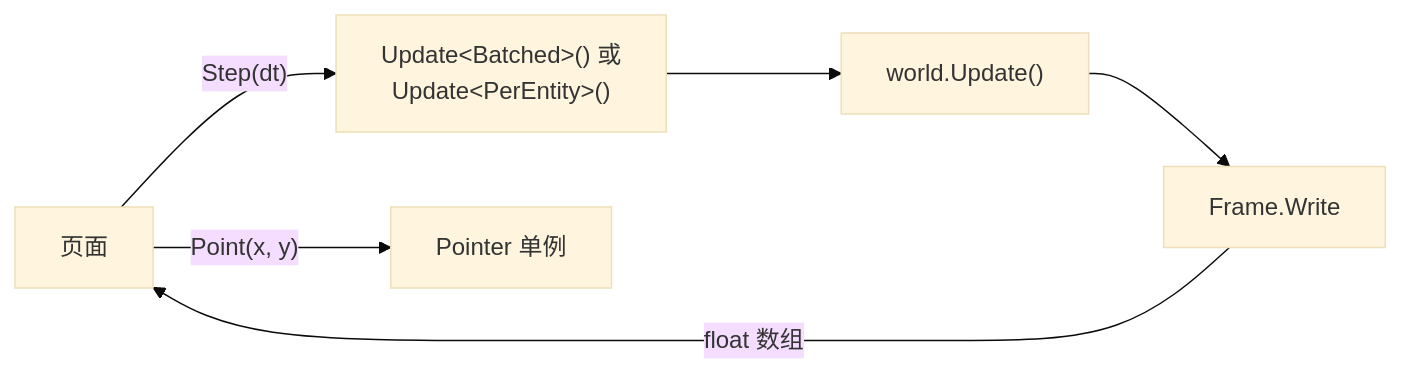
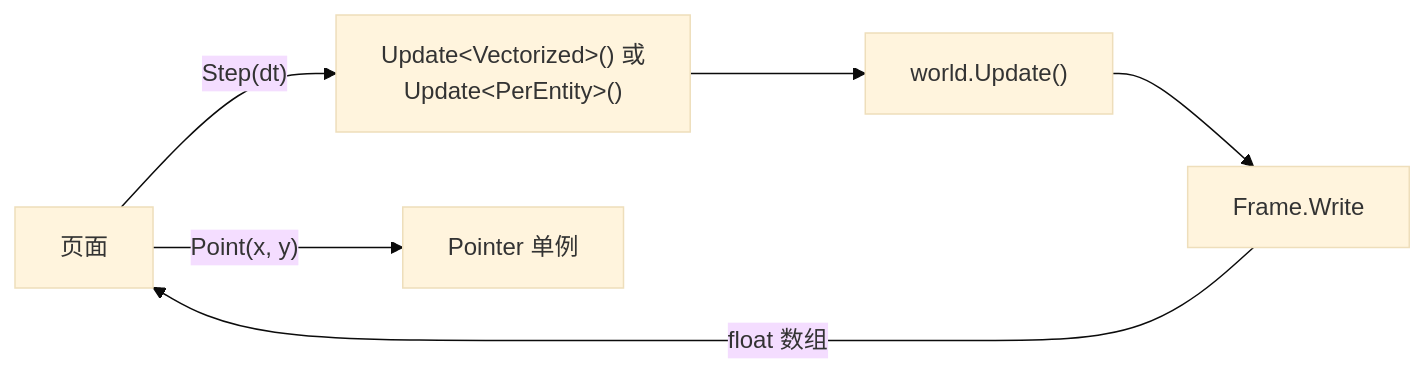
Before and after one commit to JasonXuDeveloper/EasyEcs: the diagram in docs/content/demo.zh.mdx, drawn with Mermaid (base theme). The commit also changed other lines of this file and 1 other file, not shown here.

````diff
--- a/docs/content/demo.zh.mdx
+++ b/docs/content/demo.zh.mdx
@@ -27,8 +27,8 @@
 ```mermaid
 flowchart LR
-    P[页面] -->|"Step(dt)"| M["Update&lt;Batched&gt;() 或<br/>Update&lt;PerEntity&gt;()"]
+    P[页面] -->|"Step(dt)"| M["Update&lt;Vectorized&gt;() 或<br/>Update&lt;PerEntity&gt;()"]
     M --> U["world.Update()"]
     U --> F[Frame.Write]
     F -->|float 数组| P
     P -->|"Point(x, y)"| S[Pointer 单例]
 ```
````
